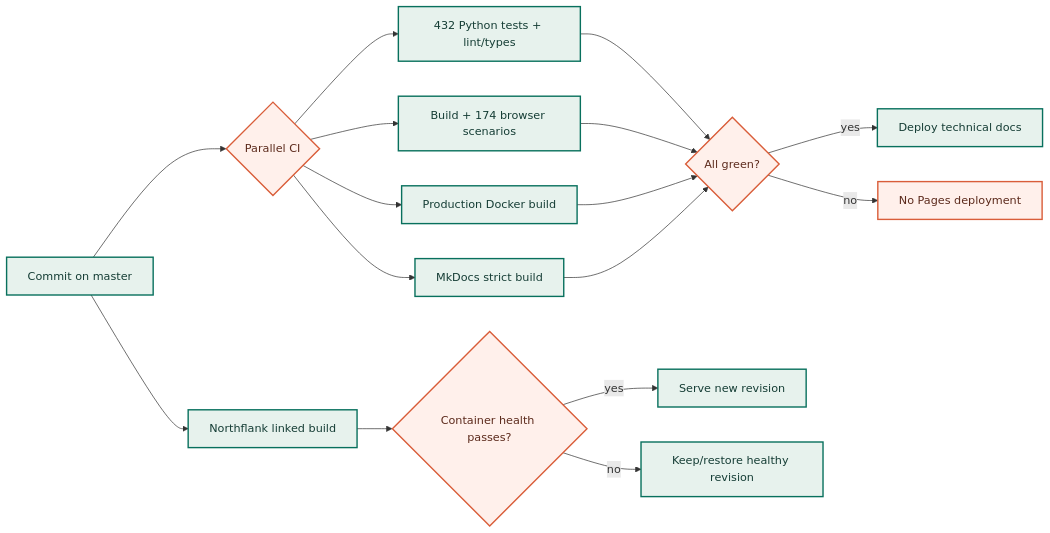
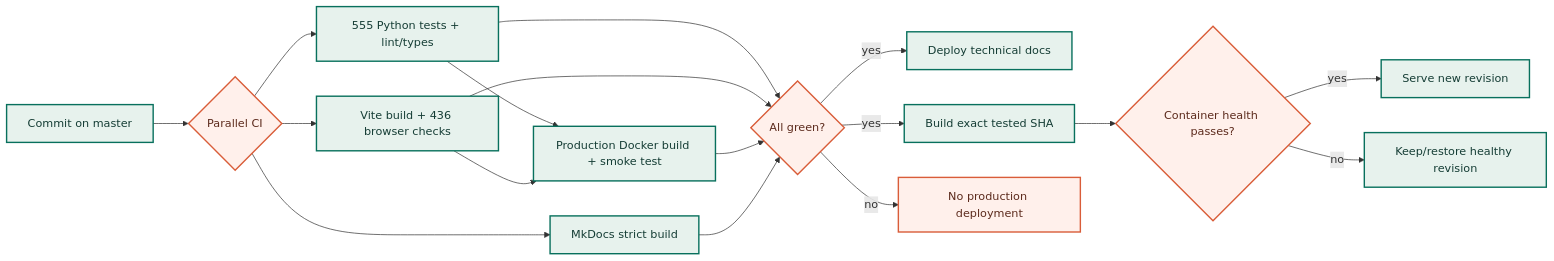
Before and after one commit to ak91hu/CityShapeRunner: the fourth of 4 diagrams in docs/implementation/runtime-reliability.md, drawn with Mermaid. The commit also changed other lines of this file and 52 other files, not shown here.

First line of the commit message:
Finish user-facing capabilities and gate production delivery

````diff
--- a/docs/implementation/runtime-reliability.md
+++ b/docs/implementation/runtime-reliability.md
@@ -207,23 +211,24 @@
 ```mermaid
 flowchart LR
     Commit[Commit on master] --> CI{Parallel CI}
-    CI --> Py[432 Python tests + lint/types]
-    CI --> Web[Build + 174 browser scenarios]
-    CI --> Image[Production Docker build]
+    CI --> Py[555 Python tests + lint/types]
+    CI --> Web[Vite build + 436 browser checks]
+    Py --> Image[Production Docker build + smoke test]
+    Web --> Image
     CI --> Docs[MkDocs strict build]
     Py --> Gate{All green?}
     Web --> Gate
     Image --> Gate
     Docs --> Gate
     Gate -->|yes| Pages[Deploy technical docs]
-    Gate -->|no| Block[No Pages deployment]
-    Commit --> Northflank[Northflank linked build]
+    Gate -->|yes| Northflank[Build exact tested SHA]
+    Gate -->|no| Block[No production deployment]
     Northflank --> Health{Container health passes?}
     Health -->|yes| Runtime[Serve new revision]
     Health -->|no| Previous[Keep/restore healthy revision]
 
     classDef good fill:#e7f2ed,stroke:#08705d,color:#153d35,stroke-width:2px;
     classDef decision fill:#fff0eb,stroke:#d95d39,color:#5c2a1c,stroke-width:2px;
     class Commit,Py,Web,Image,Docs,Pages,Northflank,Runtime,Previous good;
     class CI,Gate,Block,Health decision;
 ```
````
